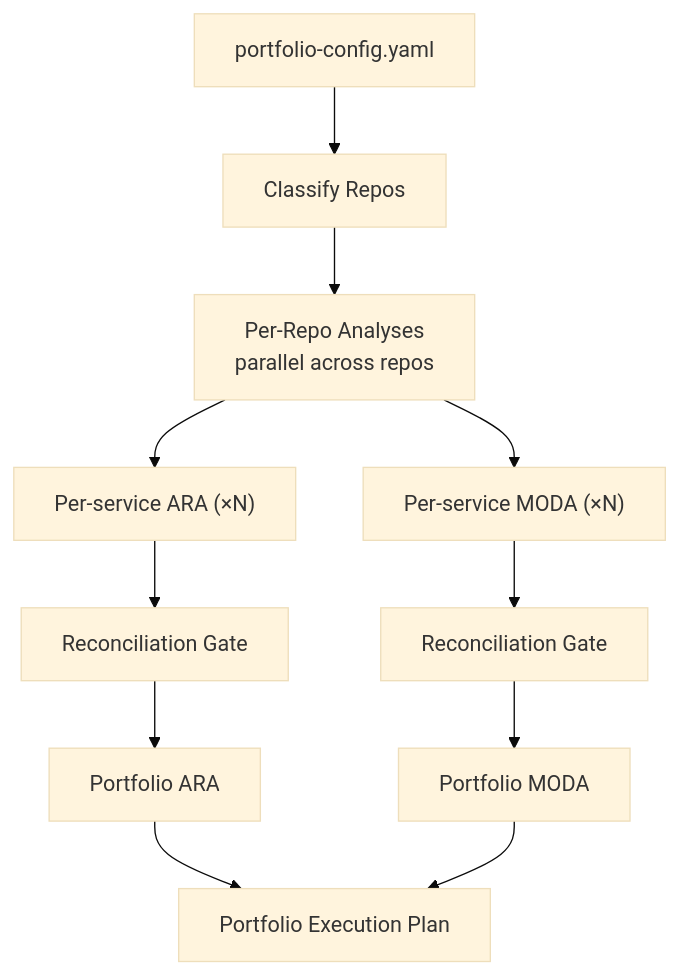
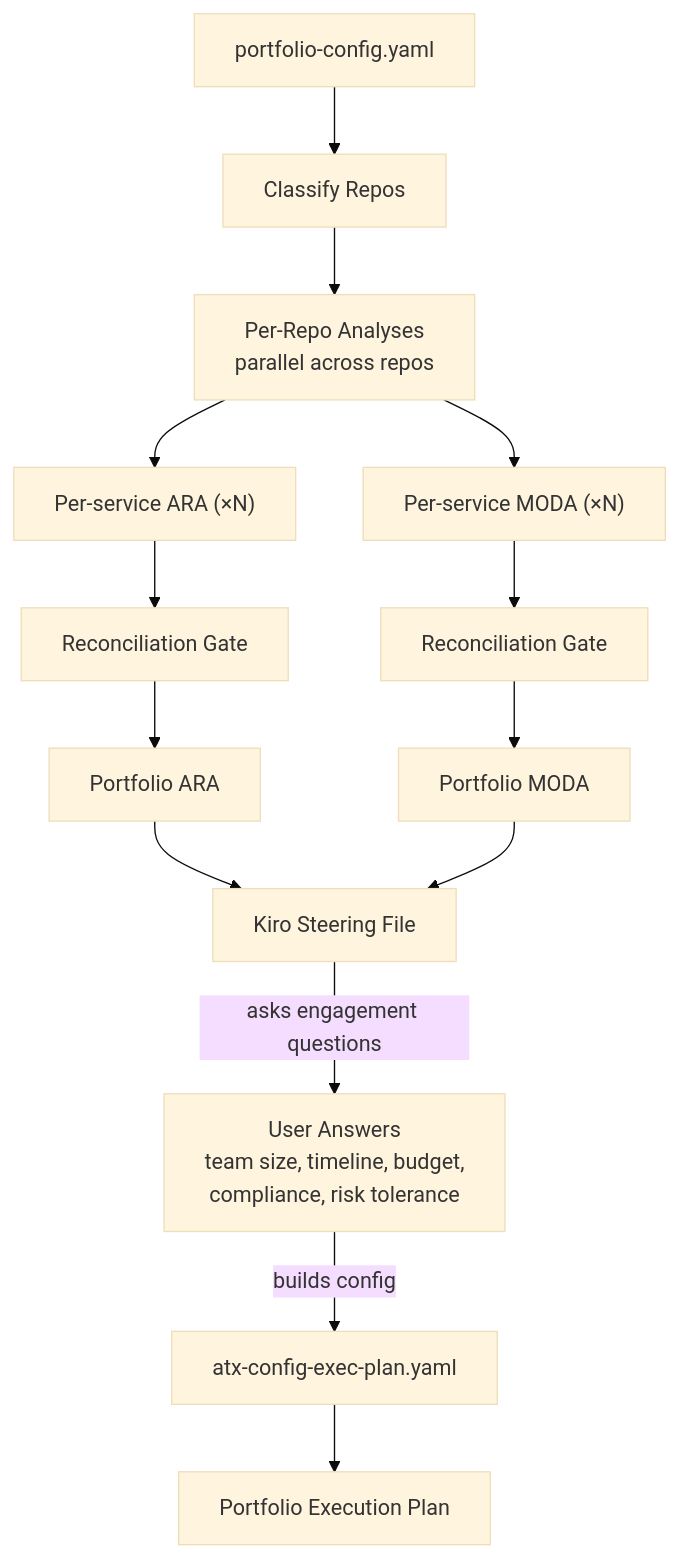
One commit to aws-samples/sample-agentic-readiness-analysis-orchestrator changed the first of 5 diagrams in README.md. Above: the diagram before and after it, drawn with Mermaid (base theme). The commit also changed other lines of this file, not shown here.

Commit message:
docs: improve README Step 3 with full config example and update architecture diagram

````diff
--- a/README.md
+++ b/README.md
@@ -32,17 +32,21 @@
 ```mermaid
 flowchart TB
     CONFIG[portfolio-config.yaml] --> CLASSIFY[Classify Repos]
     CLASSIFY --> PARALLEL[Per-Repo Analyses<br/>parallel across repos]
 
     PARALLEL --> ARA_N["Per-service ARA (×N)"]
     PARALLEL --> MOD_N["Per-service MODA (×N)"]
 
     ARA_N --> GATE_ARA[Reconciliation Gate]
     MOD_N --> GATE_MOD[Reconciliation Gate]
 
     GATE_ARA --> PORT_ARA[Portfolio ARA]
     GATE_MOD --> PORT_MOD[Portfolio MODA]
 
-    PORT_ARA --> EXEC[Portfolio Execution Plan]
-    PORT_MOD --> EXEC
+    PORT_ARA --> KIRO[Kiro Steering File]
+    PORT_MOD --> KIRO
+
+    KIRO -->|asks engagement questions| USER[User Answers<br/>team size, timeline, budget,<br/>compliance, risk tolerance]
+    USER -->|builds config| EXEC_CFG[atx-config-exec-plan.yaml]
+    EXEC_CFG --> EXEC[Portfolio Execution Plan]
 ```
````
